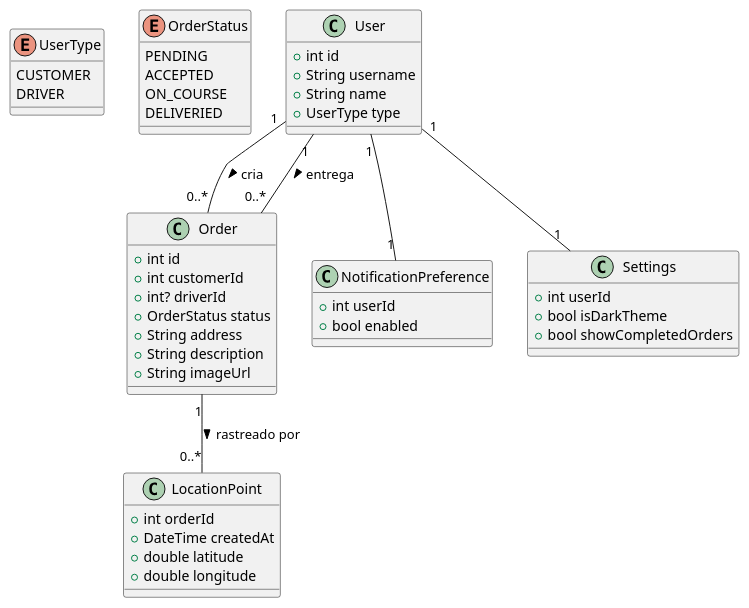
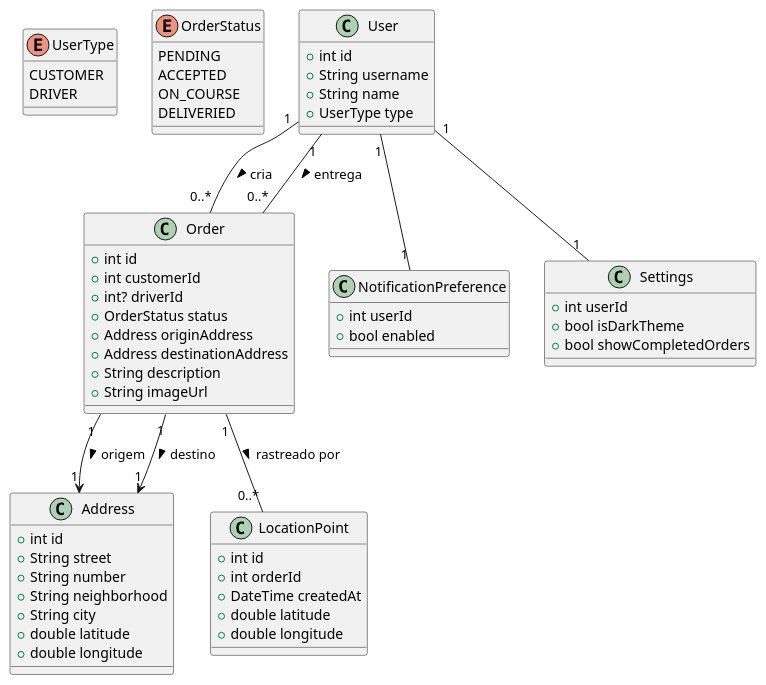
The diagram in docs/uml/uml.puml (oarthurfc/delivery-app), drawn with PlantUML before and after one commit. The commit also changed 7 other files, not shown here.

Commit message:
feat: add Address model and update related classes for order and location handling #21

```diff
--- a/docs/uml/uml.puml
+++ b/docs/uml/uml.puml
@@ -1,55 +1,70 @@
 @startuml
+
 enum UserType {
   CUSTOMER
   DRIVER
 }
 
 enum OrderStatus {
   PENDING
   ACCEPTED
   ON_COURSE
   DELIVERIED
 }
 
 class User {
   +int id
   +String username
   +String name
   +UserType type
 }
 
 class Order {
   +int id
   +int customerId
   +int? driverId
   +OrderStatus status
-  +String address
+  +Address originAddress
+  +Address destinationAddress
   +String description
   +String imageUrl
 }
 
+class Address {
+  +int id
+  +String street
+  +String number
+  +String neighborhood
+  +String city
+  +double latitude
+  +double longitude
+}
+
 class LocationPoint {
+  +int id
   +int orderId
   +DateTime createdAt
   +double latitude
   +double longitude
 }
 
 class NotificationPreference {
   +int userId
   +bool enabled
 }
 
 class Settings {
   +int userId
   +bool isDarkTheme
   +bool showCompletedOrders
 }
 
-' Relações
 User "1" -- "0..*" Order : cria >
 User "1" -- "0..*" Order : entrega >
 Order "1" -- "0..*" LocationPoint : rastreado por >
+Order "1" --> "1" Address : origem >
+Order "1" --> "1" Address : destino >
 User "1" -- "1" NotificationPreference
 User "1" -- "1" Settings
+
 @enduml
```
